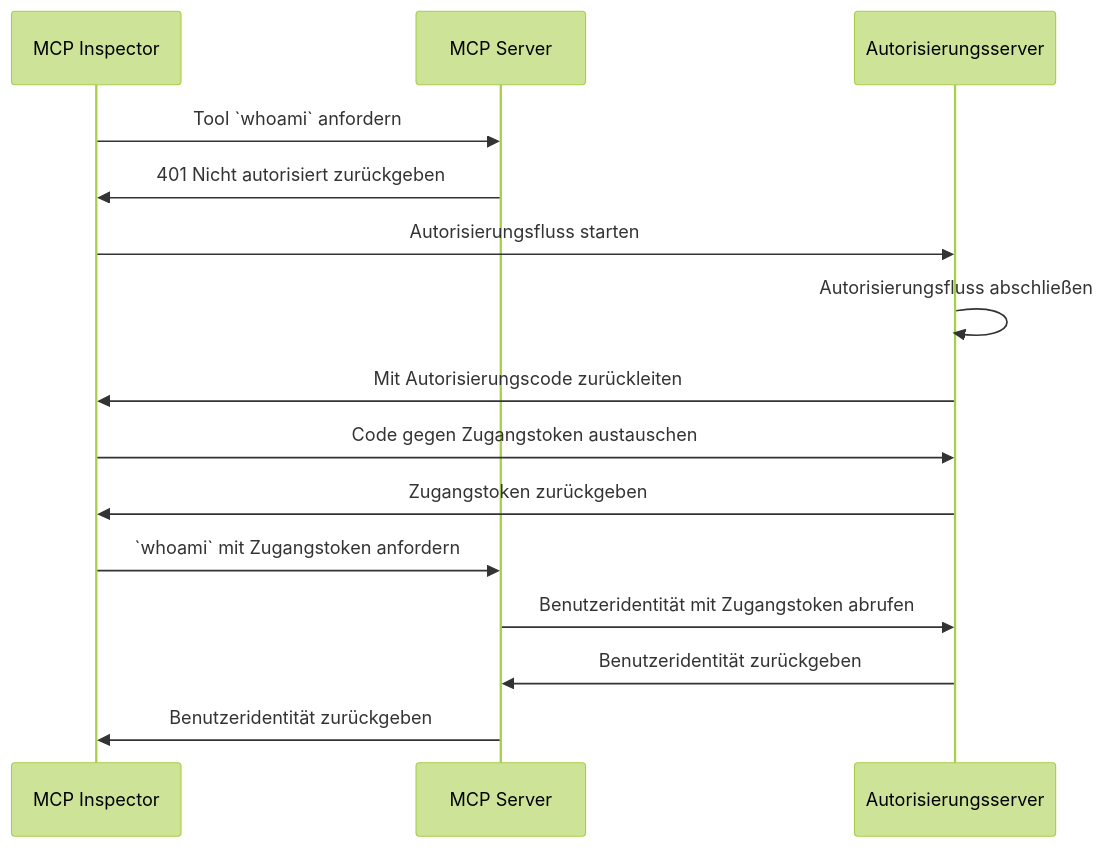
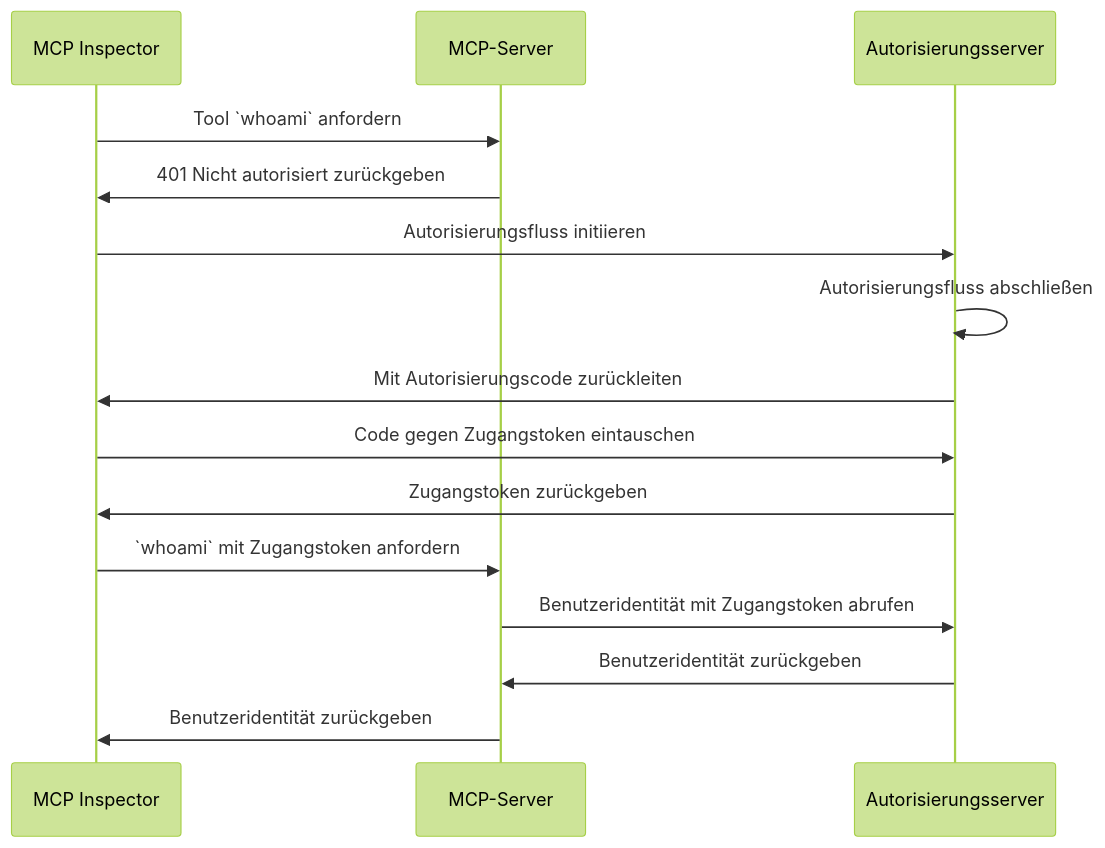
The diagram in i18n/de/docusaurus-plugin-content-docs/current/tutorials/whoami/README.mdx (mcp-auth/docs), drawn with Mermaid (forest theme) before and after one commit. The commit also changed other lines of this file and 17 other files, not shown here.

````diff
--- a/i18n/de/docusaurus-plugin-content-docs/current/tutorials/whoami/README.mdx
+++ b/i18n/de/docusaurus-plugin-content-docs/current/tutorials/whoami/README.mdx
@@ -31,18 +31,18 @@
 ```mermaid
 sequenceDiagram
     participant Client as MCP Inspector
-    participant Server as MCP Server
+    participant Server as MCP-Server
     participant Auth as Autorisierungsserver
 
     Client->>Server: Tool `whoami` anfordern
     Server->>Client: 401 Nicht autorisiert zurückgeben
-    Client->>Auth: Autorisierungsfluss starten
+    Client->>Auth: Autorisierungsfluss initiieren
     Auth->>Auth: Autorisierungsfluss abschließen
     Auth->>Client: Mit Autorisierungscode zurückleiten
-    Client->>Auth: Code gegen Zugangstoken austauschen
+    Client->>Auth: Code gegen Zugangstoken eintauschen
     Auth->>Client: Zugangstoken zurückgeben
     Client->>Server: `whoami` mit Zugangstoken anfordern
     Server->>Auth: Benutzeridentität mit Zugangstoken abrufen
     Auth->>Server: Benutzeridentität zurückgeben
     Server->>Client: Benutzeridentität zurückgeben
 ```
````
